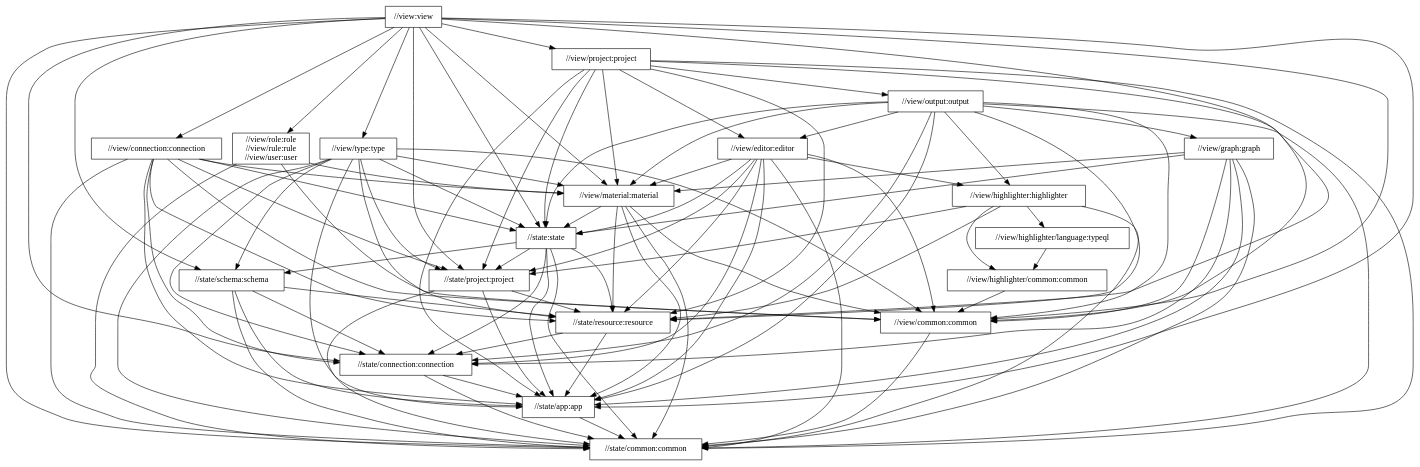
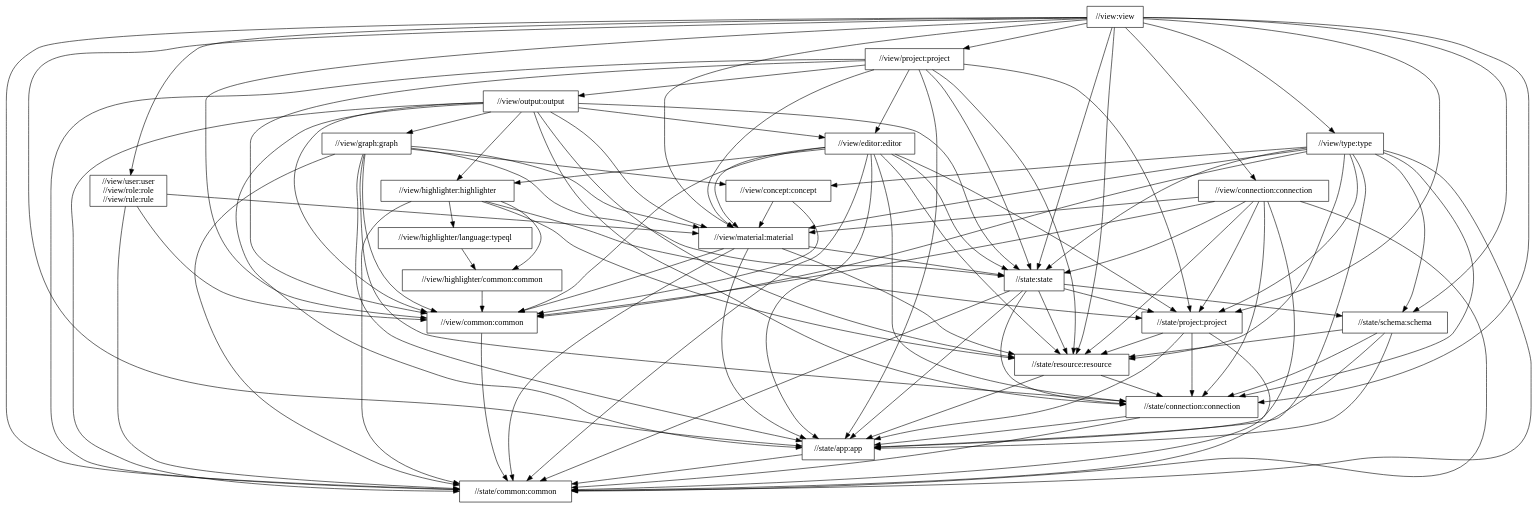
One commit to typedb/typedb-studio changed the diagram in docs/global-package-structure.dot. Above: the diagram before and after it, drawn with Graphviz. The commit also changed 5 other files, not shown here.

```diff
--- a/docs/global-package-structure.dot
+++ b/docs/global-package-structure.dot
@@ -1,121 +1,127 @@
 digraph mygraph {
   node [shape=box];
   "//view:view"
+  "//view:view" -> "//view/user:user\n//view/role:role\n//view/rule:rule"
   "//view:view" -> "//state:state"
   "//view:view" -> "//state/app:app"
   "//view:view" -> "//state/common:common"
   "//view:view" -> "//state/connection:connection"
   "//view:view" -> "//state/project:project"
   "//view:view" -> "//state/resource:resource"
   "//view:view" -> "//state/schema:schema"
   "//view:view" -> "//view/common:common"
   "//view:view" -> "//view/connection:connection"
   "//view:view" -> "//view/material:material"
   "//view:view" -> "//view/project:project"
-  "//view:view" -> "//view/role:role\n//view/rule:rule\n//view/user:user"
   "//view:view" -> "//view/type:type"
+  "//view/user:user\n//view/role:role\n//view/rule:rule"
+  "//view/user:user\n//view/role:role\n//view/rule:rule" -> "//state/common:common"
+  "//view/user:user\n//view/role:role\n//view/rule:rule" -> "//view/common:common"
+  "//view/user:user\n//view/role:role\n//view/rule:rule" -> "//view/material:material"
+  "//view/connection:connection"
+  "//view/connection:connection" -> "//state:state"
+  "//view/connection:connection" -> "//state/app:app"
+  "//view/connection:connection" -> "//state/common:common"
+  "//view/connection:connection" -> "//state/connection:connection"
+  "//view/connection:connection" -> "//state/project:project"
+  "//view/connection:connection" -> "//state/resource:resource"
+  "//view/connection:connection" -> "//view/common:common"
+  "//view/connection:connection" -> "//view/material:material"
   "//view/type:type"
   "//view/type:type" -> "//state:state"
   "//view/type:type" -> "//state/app:app"
   "//view/type:type" -> "//state/common:common"
   "//view/type:type" -> "//state/connection:connection"
   "//view/type:type" -> "//state/project:project"
   "//view/type:type" -> "//state/resource:resource"
   "//view/type:type" -> "//state/schema:schema"
   "//view/type:type" -> "//view/common:common"
+  "//view/type:type" -> "//view/concept:concept"
   "//view/type:type" -> "//view/material:material"
   "//view/project:project"
   "//view/project:project" -> "//state:state"
   "//view/project:project" -> "//state/app:app"
   "//view/project:project" -> "//state/common:common"
   "//view/project:project" -> "//state/project:project"
   "//view/project:project" -> "//state/resource:resource"
   "//view/project:project" -> "//view/common:common"
   "//view/project:project" -> "//view/editor:editor"
   "//view/project:project" -> "//view/material:material"
   "//view/project:project" -> "//view/output:output"
   "//view/output:output"
   "//view/output:output" -> "//state:state"
   "//view/output:output" -> "//state/app:app"
   "//view/output:output" -> "//state/common:common"
   "//view/output:output" -> "//state/connection:connection"
   "//view/output:output" -> "//state/resource:resource"
   "//view/output:output" -> "//view/common:common"
   "//view/output:output" -> "//view/editor:editor"
   "//view/output:output" -> "//view/graph:graph"
   "//view/output:output" -> "//view/highlighter:highlighter"
   "//view/output:output" -> "//view/material:material"
   "//view/graph:graph"
   "//view/graph:graph" -> "//state:state"
   "//view/graph:graph" -> "//state/app:app"
   "//view/graph:graph" -> "//state/common:common"
   "//view/graph:graph" -> "//state/connection:connection"
   "//view/graph:graph" -> "//view/common:common"
+  "//view/graph:graph" -> "//view/concept:concept"
   "//view/graph:graph" -> "//view/material:material"
+  "//view/concept:concept"
+  "//view/concept:concept" -> "//view/common:common"
+  "//view/concept:concept" -> "//view/material:material"
   "//view/editor:editor"
   "//view/editor:editor" -> "//state:state"
   "//view/editor:editor" -> "//state/app:app"
   "//view/editor:editor" -> "//state/common:common"
   "//view/editor:editor" -> "//state/connection:connection"
   "//view/editor:editor" -> "//state/project:project"
   "//view/editor:editor" -> "//state/resource:resource"
   "//view/editor:editor" -> "//view/common:common"
   "//view/editor:editor" -> "//view/highlighter:highlighter"
   "//view/editor:editor" -> "//view/material:material"
-  "//view/role:role\n//view/rule:rule\n//view/user:user"
-  "//view/role:role\n//view/rule:rule\n//view/user:user" -> "//state/common:common"
-  "//view/role:role\n//view/rule:rule\n//view/user:user" -> "//view/common:common"
-  "//view/role:role\n//view/rule:rule\n//view/user:user" -> "//view/material:material"
-  "//view/connection:connection"
-  "//view/connection:connection" -> "//state:state"
-  "//view/connection:connection" -> "//state/app:app"
-  "//view/connection:connection" -> "//state/common:common"
-  "//view/connection:connection" -> "//state/connection:connection"
-  "//view/connection:connection" -> "//state/project:project"
-  "//view/connection:connection" -> "//state/resource:resource"
-  "//view/connection:connection" -> "//view/common:common"
-  "//view/connection:connection" -> "//view/material:material"
   "//view/material:material"
   "//view/material:material" -> "//state:state"
   "//view/material:material" -> "//state/app:app"
   "//view/material:material" -> "//state/common:common"
   "//view/material:material" -> "//state/resource:resource"
   "//view/material:material" -> "//view/common:common"
+  "//view/highlighter:highlighter"
+  "//view/highlighter:highlighter" -> "//state/common:common"
+  "//view/highlighter:highlighter" -> "//state/project:project"
+  "//view/highlighter:highlighter" -> "//state/resource:resource"
+  "//view/highlighter:highlighter" -> "//view/highlighter/common:common"
+  "//view/highlighter:highlighter" -> "//view/highlighter/language:typeql"
+  "//view/highlighter/language:typeql"
+  "//view/highlighter/language:typeql" -> "//view/highlighter/common:common"
+  "//view/highlighter/common:common"
+  "//view/highlighter/common:common" -> "//view/common:common"
   "//state:state"
   "//state:state" -> "//state/app:app"
   "//state:state" -> "//state/common:common"
   "//state:state" -> "//state/connection:connection"
   "//state:state" -> "//state/project:project"
   "//state:state" -> "//state/resource:resource"
   "//state:state" -> "//state/schema:schema"
   "//state/schema:schema"
   "//state/schema:schema" -> "//state/app:app"
   "//state/schema:schema" -> "//state/common:common"
   "//state/schema:schema" -> "//state/connection:connection"
   "//state/schema:schema" -> "//state/resource:resource"
-  "//view/highlighter:highlighter"
-  "//view/highlighter:highlighter" -> "//state/common:common"
-  "//view/highlighter:highlighter" -> "//state/project:project"
-  "//view/highlighter:highlighter" -> "//state/resource:resource"
-  "//view/highlighter:highlighter" -> "//view/highlighter/common:common"
-  "//view/highlighter:highlighter" -> "//view/highlighter/language:typeql"
-  "//view/highlighter/language:typeql"
-  "//view/highlighter/language:typeql" -> "//view/highlighter/common:common"
-  "//view/highlighter/common:common"
-  "//view/highlighter/common:common" -> "//view/common:common"
-  "//view/common:common"
-  "//view/common:common" -> "//state/common:common"
   "//state/project:project"
   "//state/project:project" -> "//state/app:app"
   "//state/project:project" -> "//state/common:common"
+  "//state/project:project" -> "//state/connection:connection"
   "//state/project:project" -> "//state/resource:resource"
   "//state/resource:resource"
   "//state/resource:resource" -> "//state/app:app"
   "//state/resource:resource" -> "//state/connection:connection"
   "//state/connection:connection"
   "//state/connection:connection" -> "//state/app:app"
   "//state/connection:connection" -> "//state/common:common"
   "//state/app:app"
   "//state/app:app" -> "//state/common:common"
+  "//view/common:common"
+  "//view/common:common" -> "//state/common:common"
   "//state/common:common"
 }
```
